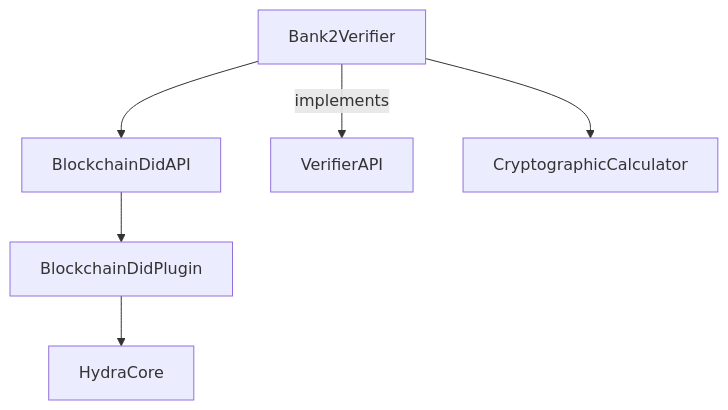
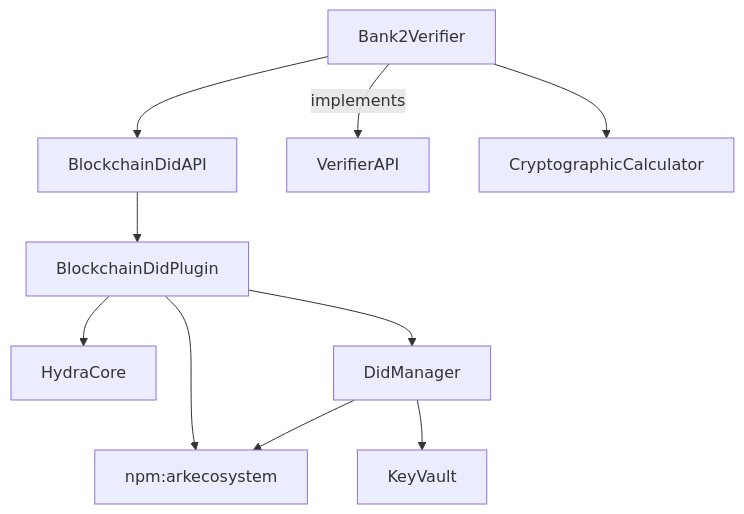
Before and after one commit to HydraMeshnet/developer-portal: the fifth of 6 diagrams in architecture.md, drawn with Mermaid. The commit also changed other lines of this file, not shown here.

Commit message:
Updating Architecture

````diff
--- a/architecture.md
+++ b/architecture.md
@@ -106,8 +118,14 @@
 ```mermaid
 graph TB
   BlockchainDidAPI --> BlockchainDidPlugin
   BlockchainDidPlugin --> HydraCore
+
+  DidManager --> npm:arkecosystem
+  DidManager --> KeyVault
+  BlockchainDidPlugin --> npm:arkecosystem
+  BlockchainDidPlugin --> DidManager
+
   Bank2Verifier --> BlockchainDidAPI
   Bank2Verifier -- implements --> VerifierAPI
   Bank2Verifier --> CryptographicCalculator
 ```
````
